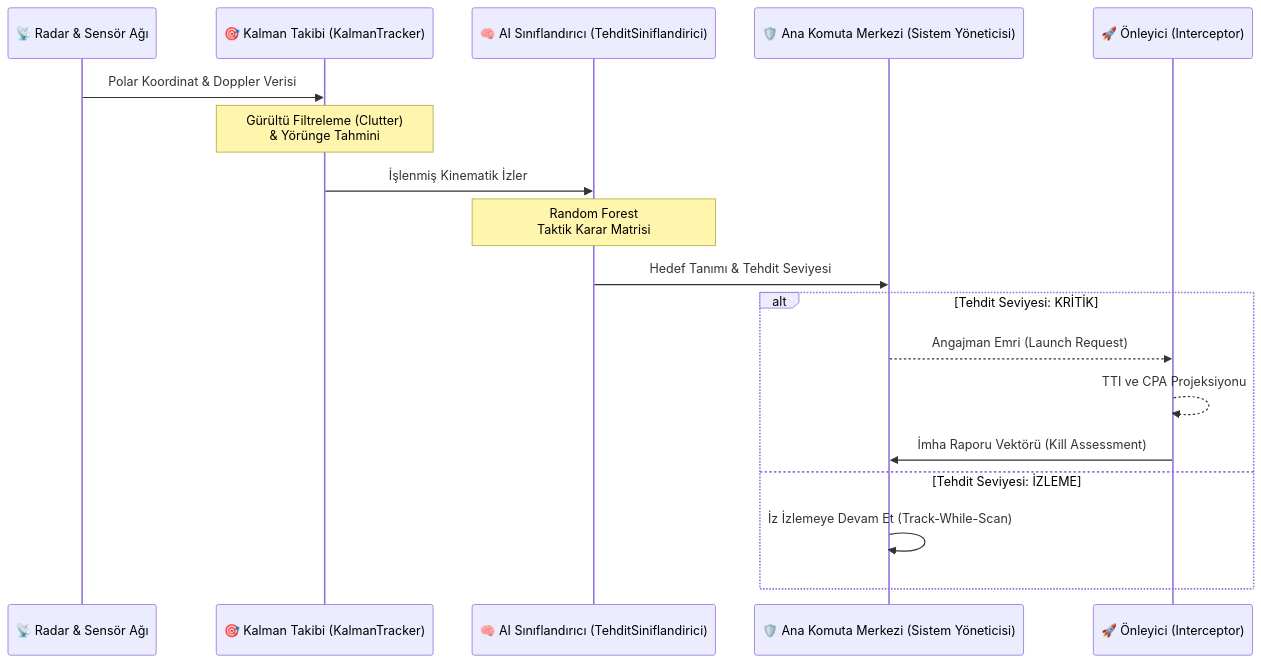
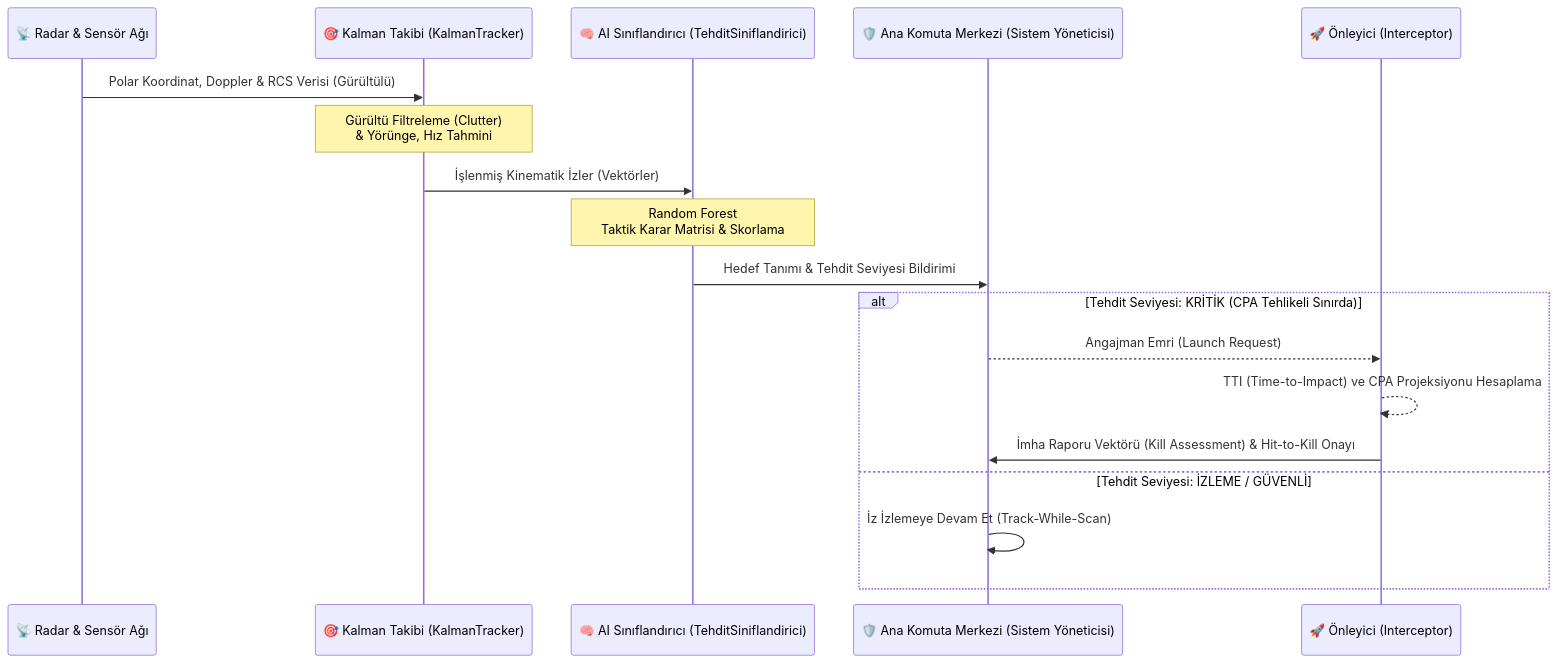
One commit to arch-yunus/teknofest_hava_savunma changed the diagram in README.md. Above: the diagram before and after it, drawn with Mermaid. The commit also changed other lines of this file, not shown here.

Commit message:
docs: extend README with roadmap, contributing and deeper lore

````diff
--- a/README.md
+++ b/README.md
@@ -36,21 +36,21 @@
 ```mermaid
 sequenceDiagram
     participant R as 📡 Radar & Sensör Ağı
     participant KF as 🎯 Kalman Takibi (KalmanTracker)
     participant AI as 🧠 AI Sınıflandırıcı (TehditSiniflandirici)
     participant C2 as 🛡️ Ana Komuta Merkezi (Sistem Yöneticisi)
     participant W as 🚀 Önleyici (Interceptor)
     
-    R->>KF: Polar Koordinat & Doppler Verisi
-    Note over KF: Gürültü Filtreleme (Clutter)<br/>& Yörünge Tahmini
-    KF->>AI: İşlenmiş Kinematik İzler
-    Note over AI: Random Forest <br/>Taktik Karar Matrisi
-    AI->>C2: Hedef Tanımı & Tehdit Seviyesi
-    alt Tehdit Seviyesi: KRİTİK
+    R->>KF: Polar Koordinat, Doppler & RCS Verisi (Gürültülü)
+    Note over KF: Gürültü Filtreleme (Clutter)<br/>& Yörünge, Hız Tahmini
+    KF->>AI: İşlenmiş Kinematik İzler (Vektörler)
+    Note over AI: Random Forest <br/>Taktik Karar Matrisi & Skorlama
+    AI->>C2: Hedef Tanımı & Tehdit Seviyesi Bildirimi
+    alt Tehdit Seviyesi: KRİTİK (CPA Tehlikeli Sınırda)
         C2-->>W: Angajman Emri (Launch Request)
-        W-->>W: TTI ve CPA Projeksiyonu
-        W->>C2: İmha Raporu Vektörü (Kill Assessment)
-    else Tehdit Seviyesi: İZLEME
+        W-->>W: TTI (Time-to-Impact) ve CPA Projeksiyonu Hesaplama
+        W->>C2: İmha Raporu Vektörü (Kill Assessment) & Hit-to-Kill Onayı
+    else Tehdit Seviyesi: İZLEME / GÜVENLİ
         C2->>C2: İz İzlemeye Devam Et (Track-While-Scan)
     end
 ```
````
